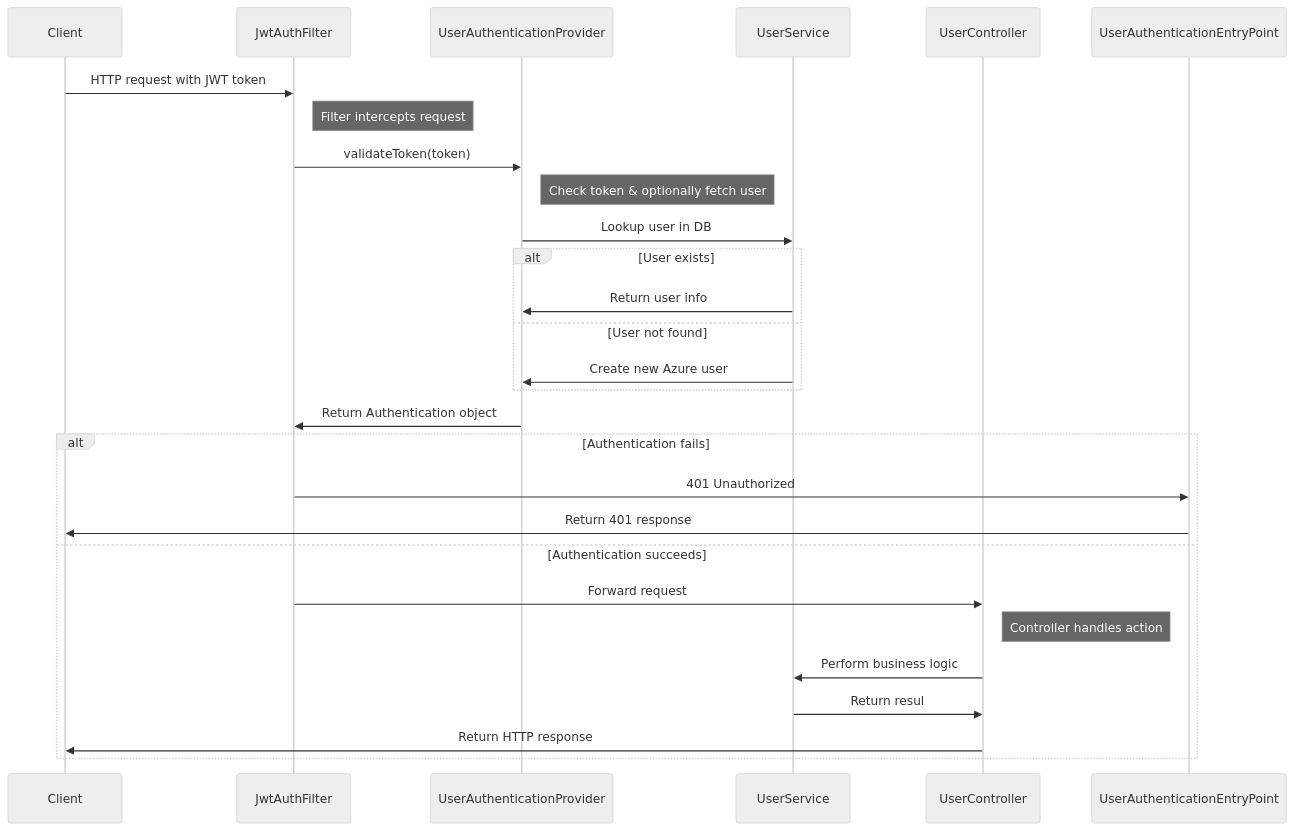
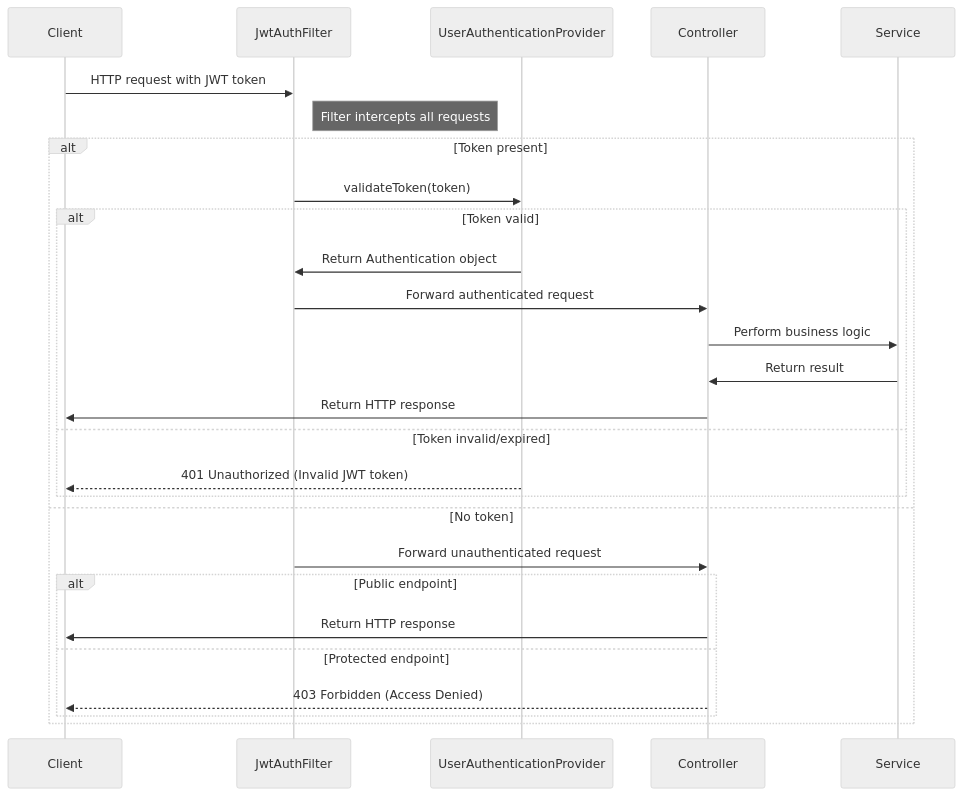
The second of 6 diagrams in docs/process-documentation.md (OrifInformatique/spring-auth), drawn with Mermaid (neutral theme) before and after one commit. The commit also changed other lines of this file and 1 other file, not shown here.

````diff
--- a/docs/process-documentation.md
+++ b/docs/process-documentation.md
@@ -141,31 +172,33 @@
 ```mermaid
 sequenceDiagram
     participant Client
     participant JwtAuthFilter
     participant UserAuthenticationProvider
-    participant UserService
-    participant UserController
-    participant UserAuthenticationEntryPoint
+    participant Controller
+    participant Service
 
     Client->>JwtAuthFilter: HTTP request with JWT token
-    note right of JwtAuthFilter: Filter intercepts request
-    JwtAuthFilter->>UserAuthenticationProvider: validateToken(token)
-    note right of UserAuthenticationProvider: Check token & optionally fetch user
-    UserAuthenticationProvider->>UserService: Lookup user in DB
-    alt User exists
-        UserService->>UserAuthenticationProvider: Return user info
-    else User not found
-        UserService->>UserAuthenticationProvider: Create new Azure user
-    end
-    UserAuthenticationProvider->>JwtAuthFilter: Return Authentication object
-    alt Authentication fails
-        JwtAuthFilter->>UserAuthenticationEntryPoint: 401 Unauthorized
-        UserAuthenticationEntryPoint->>Client: Return 401 response
-    else Authentication succeeds
-        JwtAuthFilter->>UserController: Forward request
-        note right of UserController: Controller handles action
-        UserController->>UserService: Perform business logic
-        UserService->>UserController: Return resul
-        UserController->>Client: Return HTTP response
+    note right of JwtAuthFilter: Filter intercepts all requests
+    
+    alt Token present
+        JwtAuthFilter->>UserAuthenticationProvider: validateToken(token)
+        
+        alt Token valid
+            UserAuthenticationProvider->>JwtAuthFilter: Return Authentication object
+            JwtAuthFilter->>Controller: Forward authenticated request
+            Controller->>Service: Perform business logic
+            Service->>Controller: Return result
+            Controller->>Client: Return HTTP response
+        else Token invalid/expired
+            UserAuthenticationProvider-->>Client: 401 Unauthorized (Invalid JWT token)
+        end
+    else No token
+        JwtAuthFilter->>Controller: Forward unauthenticated request
+        
+        alt Public endpoint
+            Controller->>Client: Return HTTP response
+        else Protected endpoint
+            Controller-->>Client: 403 Forbidden (Access Denied)
+        end
     end
 ```
````
